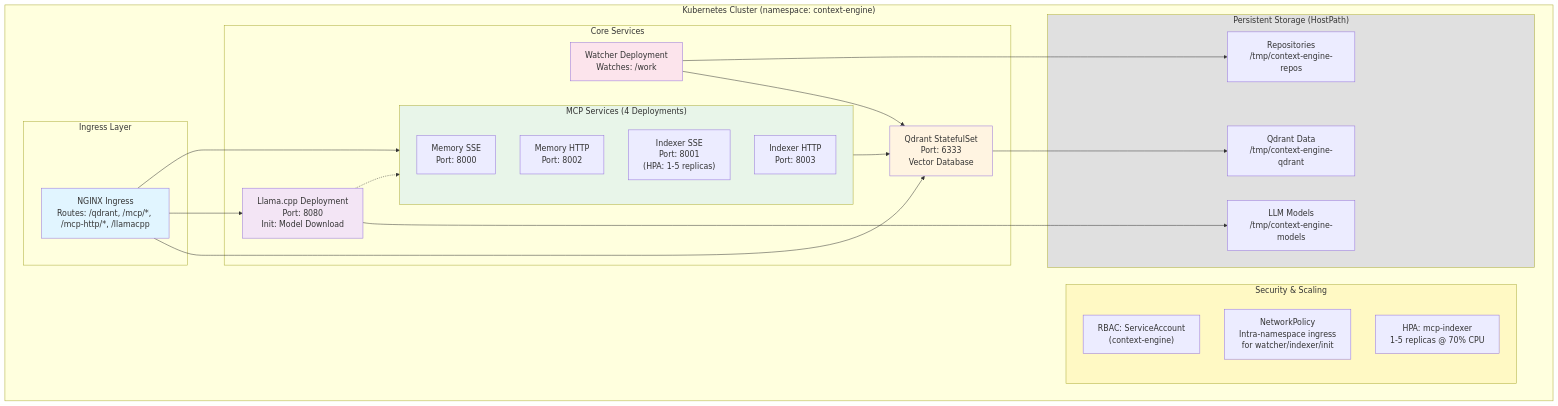
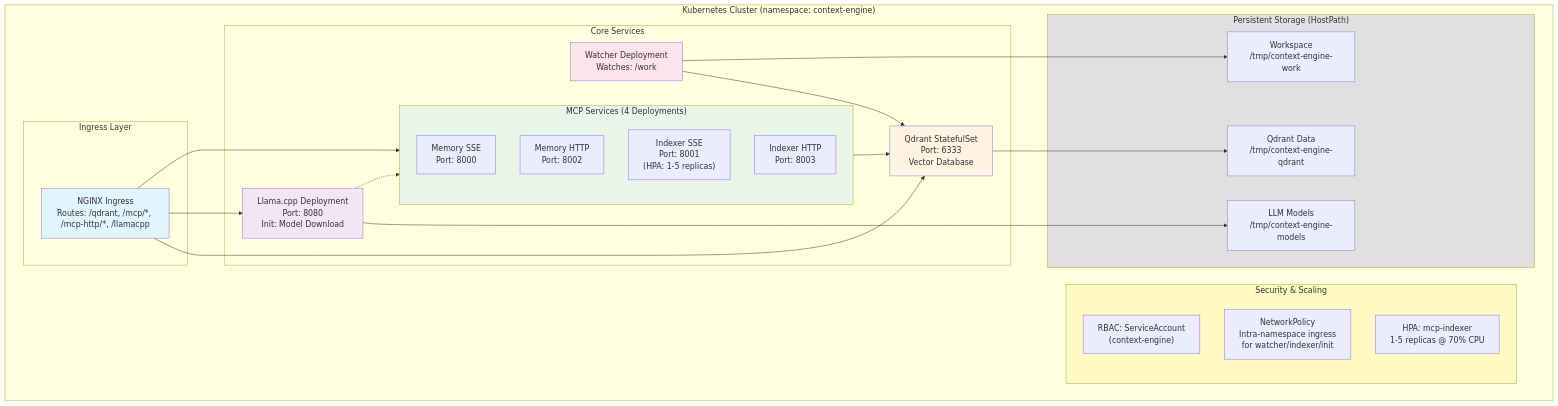
One commit to uptonking/power-context changed the diagram in deploy/kubernetes/README.md. Above: the diagram before and after it, drawn with Mermaid. The commit also changed other lines of this file, not shown here.

````diff
--- a/deploy/kubernetes/README.md
+++ b/deploy/kubernetes/README.md
@@ -14,54 +14,54 @@
 ```mermaid
 graph TB
     subgraph cluster["Kubernetes Cluster (namespace: context-engine)"]
         subgraph ingress["Ingress Layer"]
             nginx["NGINX Ingress<br/>Routes: /qdrant, /mcp/*, /mcp-http/*, /llamacpp"]
         end
 
         subgraph services["Core Services"]
             qdrant["Qdrant StatefulSet<br/>Port: 6333<br/>Vector Database"]
 
             subgraph mcp["MCP Services (4 Deployments)"]
                 mcp_mem_sse["Memory SSE<br/>Port: 8000"]
                 mcp_mem_http["Memory HTTP<br/>Port: 8002"]
                 mcp_idx_sse["Indexer SSE<br/>Port: 8001<br/>(HPA: 1-5 replicas)"]
                 mcp_idx_http["Indexer HTTP<br/>Port: 8003"]
             end
 
             llama["Llama.cpp Deployment<br/>Port: 8080<br/>Init: Model Download"]
             watcher["Watcher Deployment<br/>Watches: /work"]
         end
 
         subgraph security["Security & Scaling"]
             rbac["RBAC: ServiceAccount<br/>(context-engine)"]
             netpol["NetworkPolicy<br/>Intra-namespace ingress<br/>for watcher/indexer/init"]
             hpa["HPA: mcp-indexer<br/>1-5 replicas @ 70% CPU"]
         end
 
         subgraph storage["Persistent Storage (HostPath)"]
             qdrant_vol["Qdrant Data<br/>/tmp/context-engine-qdrant"]
             models_vol["LLM Models<br/>/tmp/context-engine-models"]
-            repos_vol["Repositories<br/>/tmp/context-engine-repos"]
+            work_vol["Workspace<br/>/tmp/context-engine-work"]
         end
     end
 
     nginx --> qdrant
     nginx --> mcp
     nginx --> llama
 
     mcp --> qdrant
     llama -.-> mcp
     watcher --> qdrant
 
     qdrant --> qdrant_vol
     llama --> models_vol
-    watcher --> repos_vol
+    watcher --> work_vol
 
     style nginx fill:#e1f5ff
     style qdrant fill:#fff4e1
     style mcp fill:#e8f5e9
     style llama fill:#f3e5f5
     style watcher fill:#fce4ec
     style security fill:#fff9c4
     style storage fill:#e0e0e0
 ```
````
